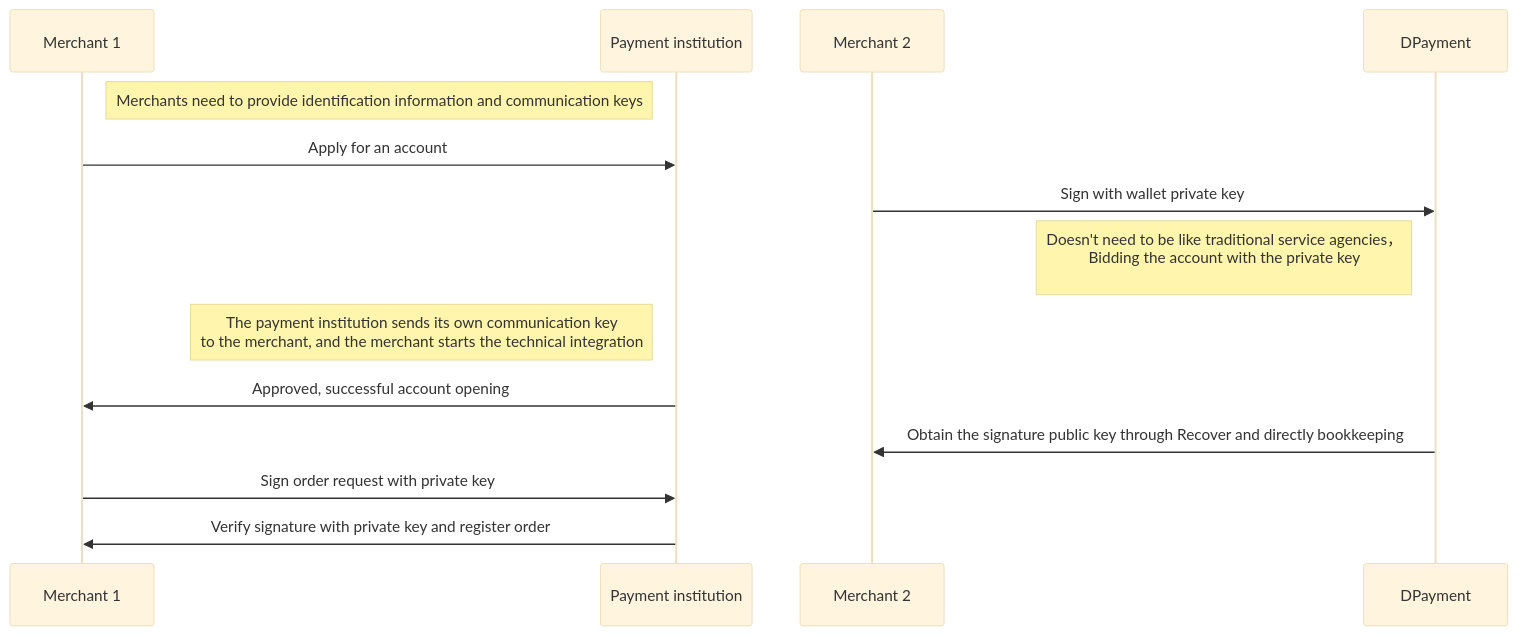
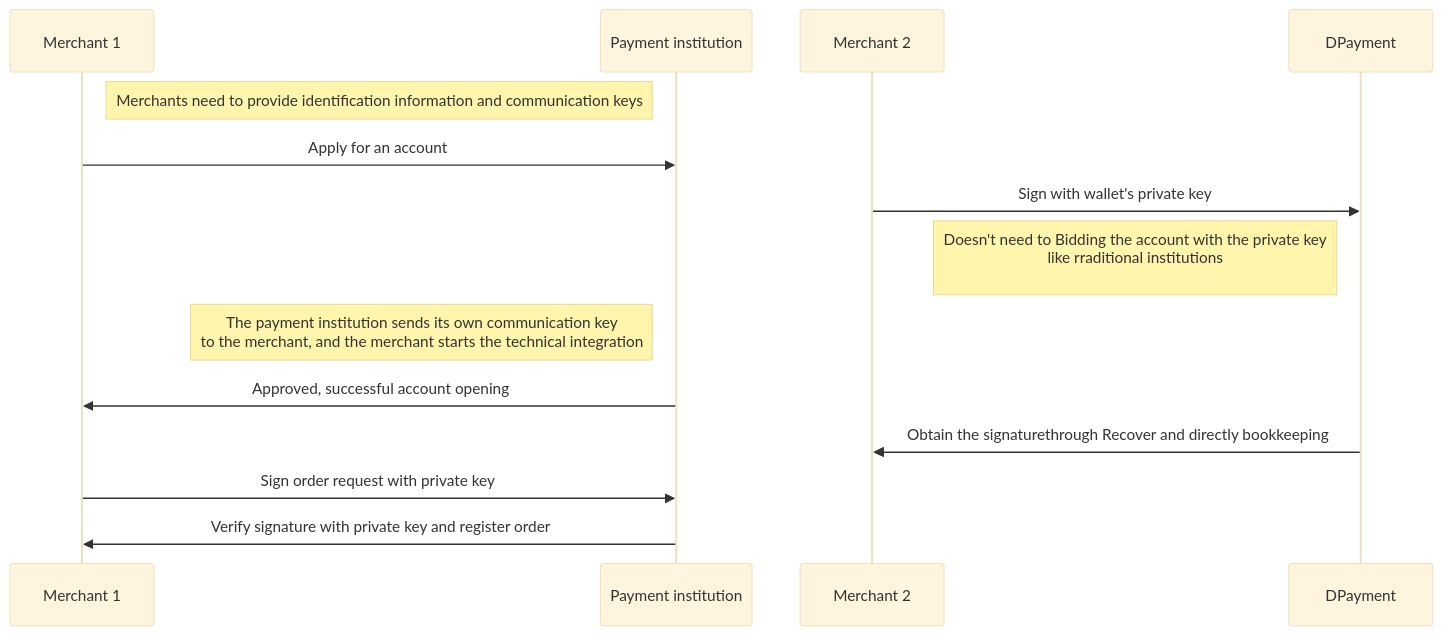
The second of 2 diagrams in index_en.md (nulls-network/acala-hackathon-ppt), drawn with Mermaid (base theme) before and after one commit. The commit also changed other lines of this file, not shown here.

````diff
--- a/index_en.md
+++ b/index_en.md
@@ -143,12 +143,12 @@
 ```mermaid
 sequenceDiagram
 Note right of Merchant 1 : Merchants need to provide identification information and communication keys
 Merchant 1 ->> Payment institution : Apply for an account
-Merchant 2 ->> DPayment : Sign with wallet private key
-Note left of DPayment : Doesn't need to be like traditional service agencies，<br />Bidding the account with the private key<br />
+Merchant 2 ->> DPayment : Sign with wallet's private key
+Note left of DPayment : Doesn't need to Bidding the account with the private key <br /> like rraditional institutions <br />
 Note left of Payment institution : The payment institution sends its own communication key<br /> to the merchant, and the merchant starts the technical integration
 Payment institution ->> Merchant 1 : Approved, successful account opening
-DPayment ->> Merchant 2 : Obtain the signature public key through Recover and directly bookkeeping
+DPayment ->> Merchant 2 : Obtain the signaturethrough Recover and directly bookkeeping
 Merchant 1 ->> Payment institution : Sign order request with private key
 Payment institution ->> Merchant 1 : Verify signature with private key and register order
 ```
````
